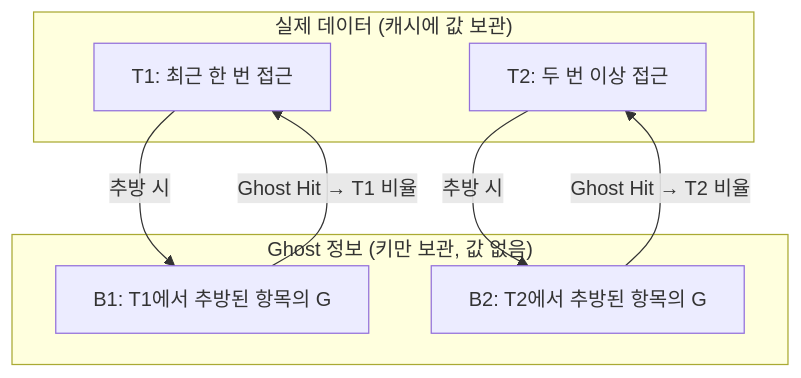
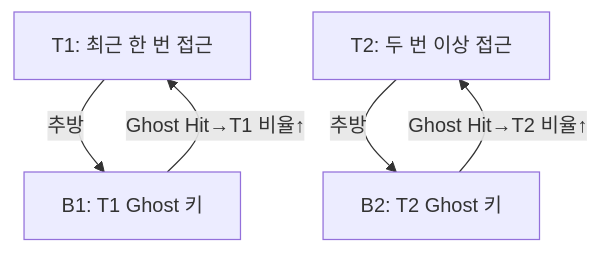
Before and after one commit to yjkim2015/yjkim2015.github.io: the fourth of 4 diagrams in _posts/localcache/2026-05-01-cache-eviction-algorithms.md, drawn with Mermaid. The commit also changed other lines of this file and 155 other files, not shown here.

First line of the commit message:
Mermaid 전면 수정: subgraph 제거, participant/노드/줄수 축소 (342블록)

````diff
--- a/_posts/localcache/2026-05-01-cache-eviction-algorithms.md
+++ b/_posts/localcache/2026-05-01-cache-eviction-algorithms.md
@@ -506,15 +502,11 @@
 ```mermaid
 graph TD
-    subgraph "실제 데이터 (캐시에 값 보관)"
-        T1["T1: 최근 한 번 접근"]
-        T2["T2: 두 번 이상 접근"]
-    end
-    subgraph "Ghost 정보 (키만 보관, 값 없음)"
-        B1["B1: T1에서 추방된 항목의 G"]
-        B2["B2: T2에서 추방된 항목의 G"]
-    end
-    T1 -->|"추방 시"| B1
-    T2 -->|"추방 시"| B2
-    B1 -->|"Ghost Hit → T1 비율"| T1
-    B2 -->|"Ghost Hit → T2 비율"| T2
+    T1["T1: 최근 한 번 접근"]
+    T2["T2: 두 번 이상 접근"]
+    B1["B1: T1 Ghost 키"]
+    B2["B2: T2 Ghost 키"]
+    T1 -->|"추방"| B1
+    T2 -->|"추방"| B2
+    B1 -->|"Ghost Hit→T1 비율↑"| T1
+    B2 -->|"Ghost Hit→T2 비율↑"| T2
 ```
````
